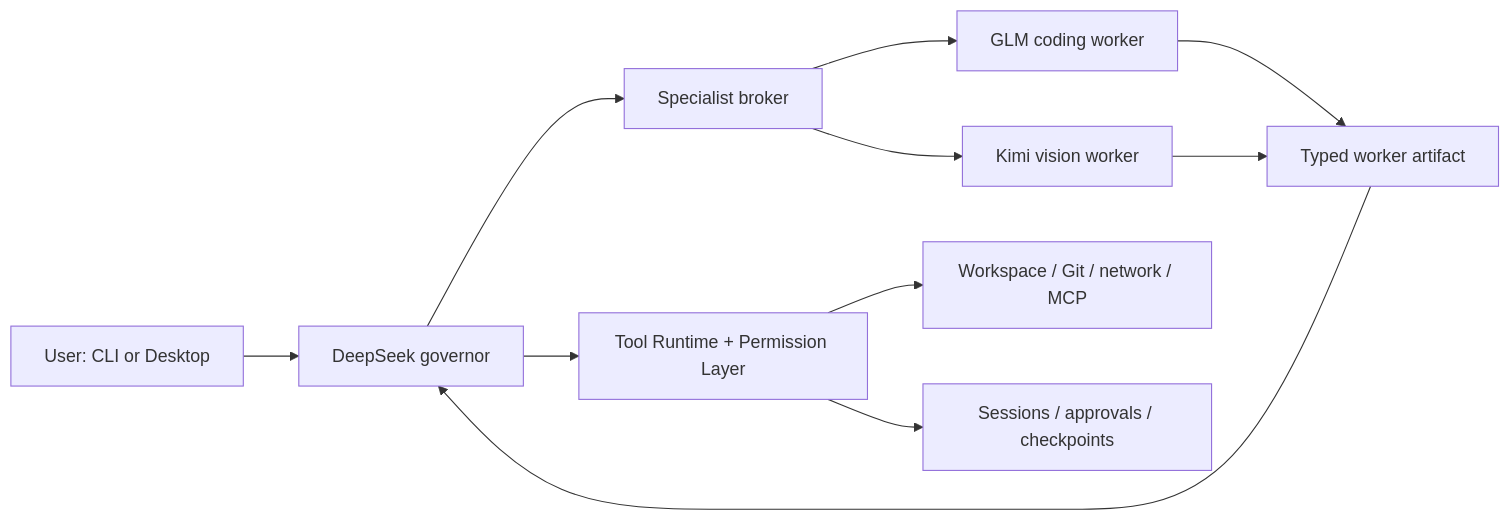
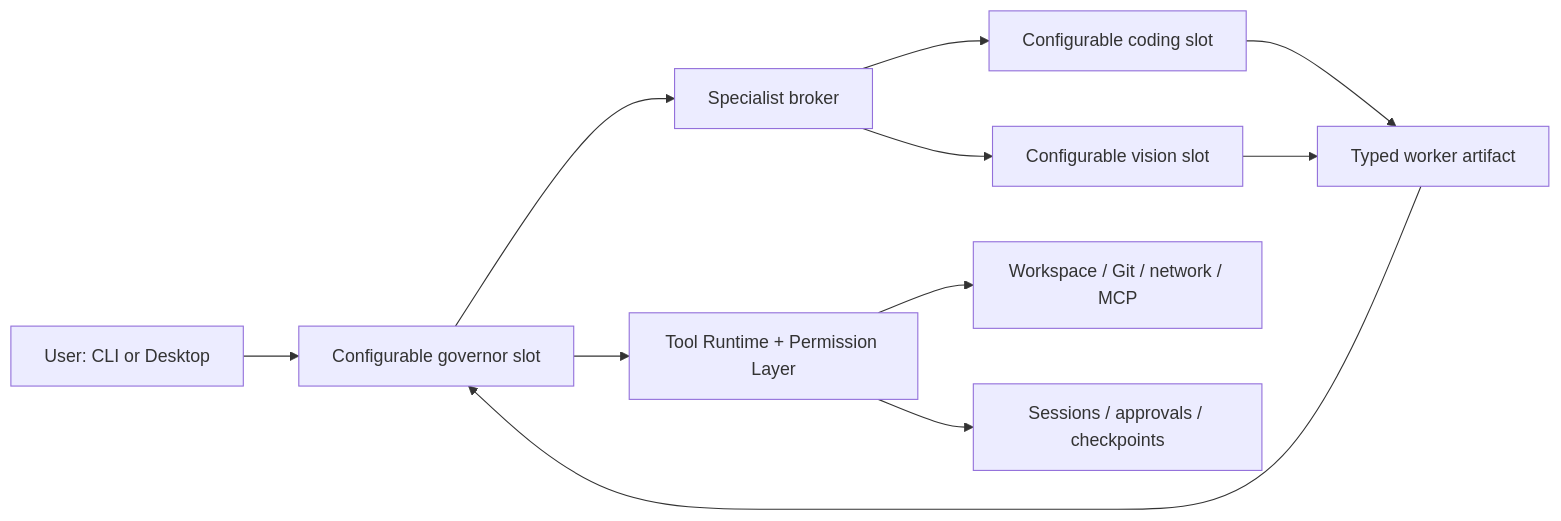
One commit to 1157360333-a11y/deep-mix changed the diagram in README.md. Above: the diagram before and after it, drawn with Mermaid. The commit also changed other lines of this file and 143 other files, not shown here.

````diff
--- a/README.md
+++ b/README.md
@@ -22,13 +22,13 @@
 ```mermaid
 flowchart LR
-    U["User: CLI or Desktop"] --> G["DeepSeek governor"]
+    U["User: CLI or Desktop"] --> G["Configurable governor slot"]
     G --> B["Specialist broker"]
-    B --> GLM["GLM coding worker"]
-    B --> KIMI["Kimi vision worker"]
+    B --> GLM["Configurable coding slot"]
+    B --> KIMI["Configurable vision slot"]
     GLM --> A["Typed worker artifact"]
     KIMI --> A
     A --> G
     G --> T["Tool Runtime + Permission Layer"]
     T --> W["Workspace / Git / network / MCP"]
     T --> P["Sessions / approvals / checkpoints"]
 ```
````
